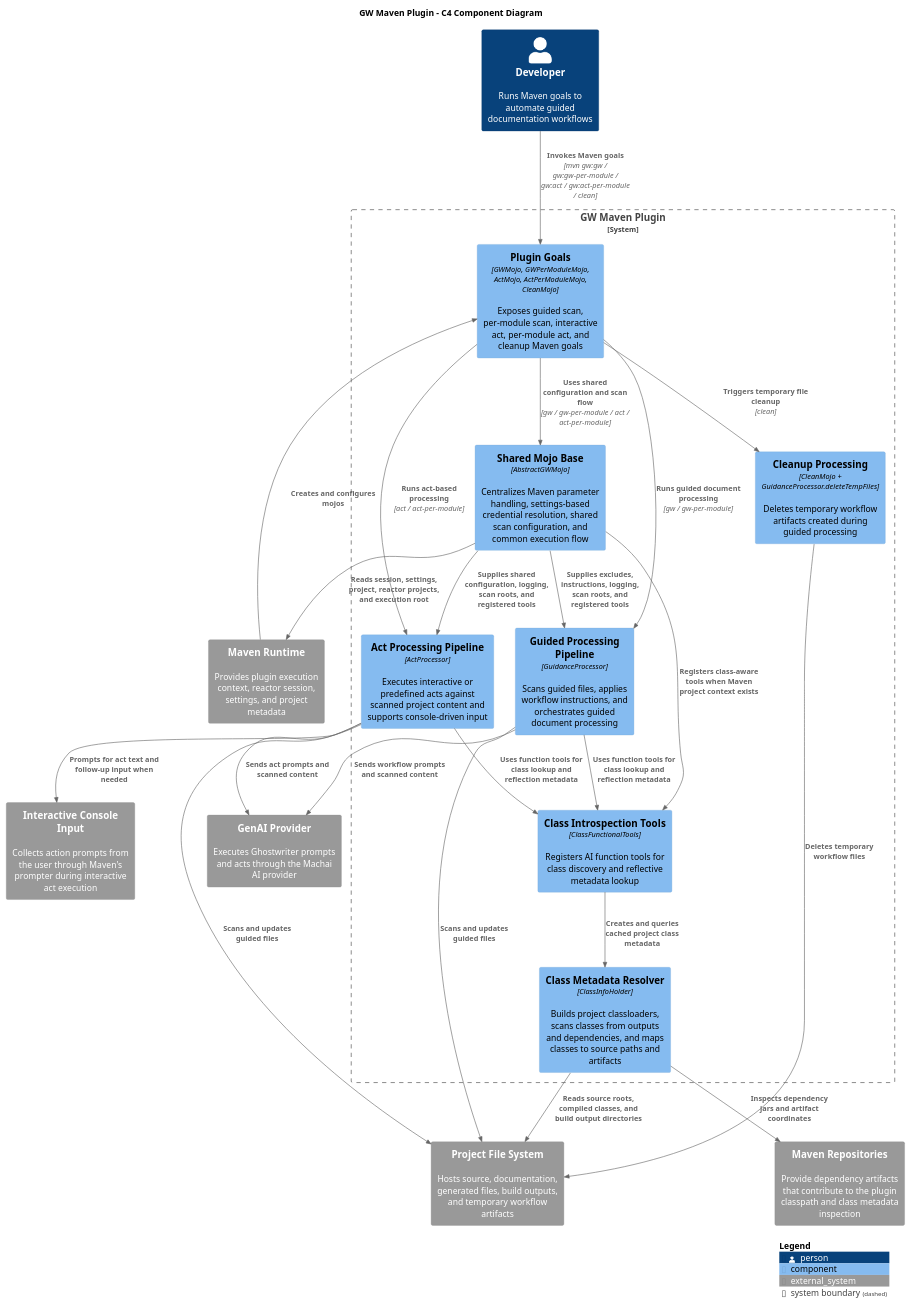
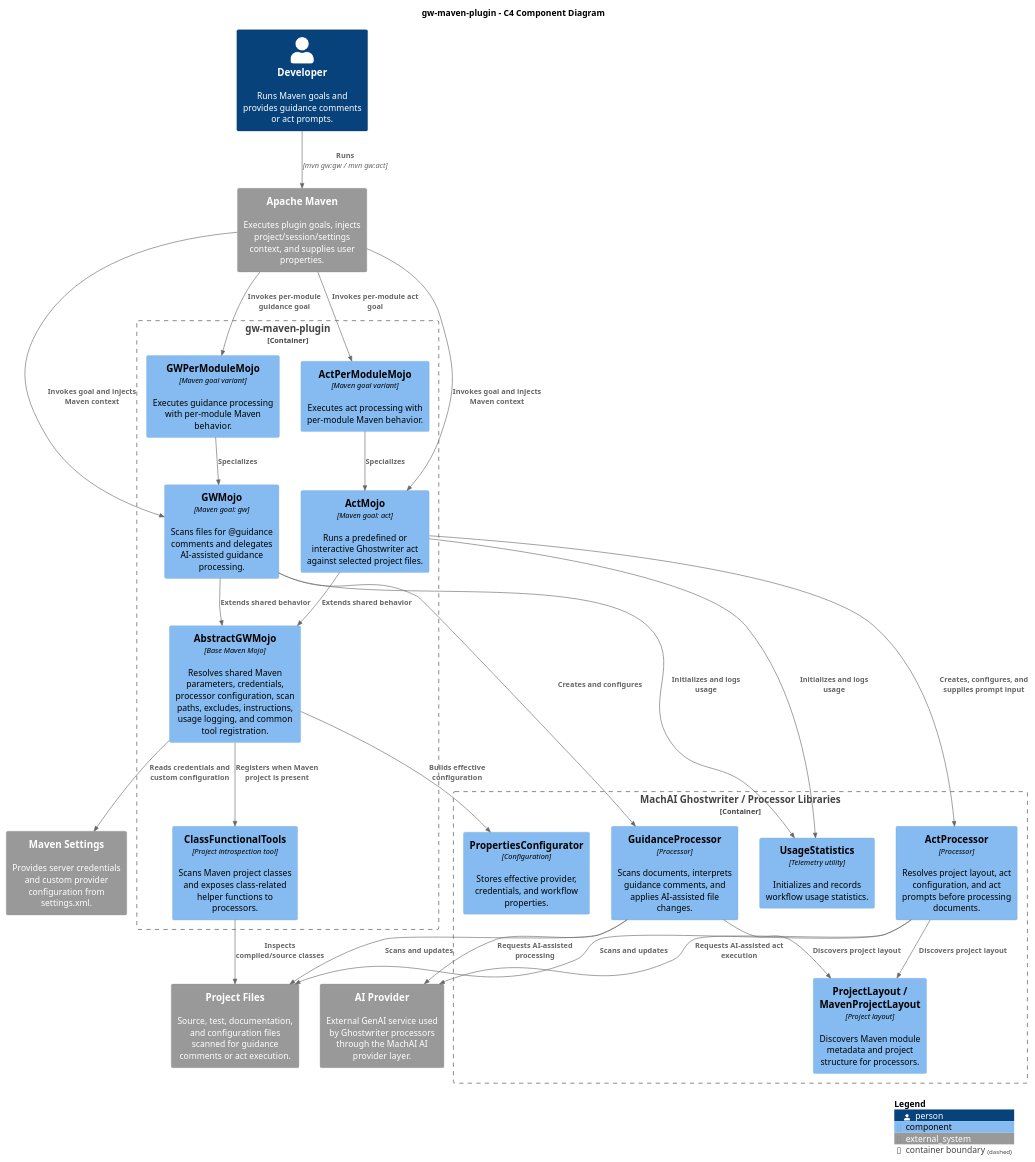
Before and after one commit to machanism-org/machai: the diagram in gw-maven-plugin/src/site/puml/project-structure/c4-diagram.puml, drawn with PlantUML. The commit also changed 12 other files, not shown here.

Commit message:
- fixed INPUTS_PROPERTY_NAME location. - updated docs/javadoc. - removed CleanMojo.java.

```diff
--- a/gw-maven-plugin/src/site/puml/project-structure/c4-diagram.puml
+++ b/gw-maven-plugin/src/site/puml/project-structure/c4-diagram.puml
@@ -10,46 +10,59 @@
-@startuml
-!include https://raw.githubusercontent.com/plantuml-stdlib/C4-PlantUML/master/C4_Component.puml
+@startuml gw-maven-plugin-components
+!include <C4/C4_Component>
 
-title GW Maven Plugin - C4 Component Diagram
+LAYOUT_WITH_LEGEND()
 
-Person(developer, "Developer", "Runs Maven goals to automate guided documentation workflows")
-System_Ext(mavenRuntime, "Maven Runtime", "Provides plugin execution context, reactor session, settings, and project metadata")
-System_Ext(genaiProvider, "GenAI Provider", "Executes Ghostwriter prompts and acts through the Machai AI provider")
-System_Ext(fileSystem, "Project File System", "Hosts source, documentation, generated files, build outputs, and temporary workflow artifacts")
-System_Ext(mavenRepositories, "Maven Repositories", "Provide dependency artifacts that contribute to the plugin classpath and class metadata inspection")
-System_Ext(interactiveUserInput, "Interactive Console Input", "Collects action prompts from the user through Maven's prompter during interactive act execution")
+title gw-maven-plugin - C4 Component Diagram
 
-System_Boundary(gwPlugin, "GW Maven Plugin") {
-  Component(pluginGoals, "Plugin Goals", "GWMojo, GWPerModuleMojo, ActMojo, ActPerModuleMojo, CleanMojo", "Exposes guided scan, per-module scan, interactive act, per-module act, and cleanup Maven goals")
-  Component(sharedMojoBase, "Shared Mojo Base", "AbstractGWMojo", "Centralizes Maven parameter handling, settings-based credential resolution, shared scan configuration, and common execution flow")
-  Component(guidedProcessing, "Guided Processing Pipeline", "GuidanceProcessor", "Scans guided files, applies workflow instructions, and orchestrates guided document processing")
-  Component(actProcessing, "Act Processing Pipeline", "ActProcessor", "Executes interactive or predefined acts against scanned project content and supports console-driven input")
-  Component(cleanupProcessing, "Cleanup Processing", "CleanMojo + GuidanceProcessor.deleteTempFiles", "Deletes temporary workflow artifacts created during guided processing")
-  Component(classTools, "Class Introspection Tools", "ClassFunctionalTools", "Registers AI function tools for class discovery and reflective metadata lookup")
-  Component(classMetadata, "Class Metadata Resolver", "ClassInfoHolder", "Builds project classloaders, scans classes from outputs and dependencies, and maps classes to source paths and artifacts")
+Person(developer, "Developer", "Runs Maven goals and provides guidance comments or act prompts.")
+
+System_Ext(maven, "Apache Maven", "Executes plugin goals, injects project/session/settings context, and supplies user properties.")
+System_Ext(maven_settings, "Maven Settings", "Provides server credentials and custom provider configuration from settings.xml.")
+System_Ext(ai_provider, "AI Provider", "External GenAI service used by Ghostwriter processors through the MachAI AI provider layer.")
+System_Ext(project_files, "Project Files", "Source, test, documentation, and configuration files scanned for guidance comments or act execution.")
+
+Container_Boundary(plugin, "gw-maven-plugin") {
+    Component(abstract_mojo, "AbstractGWMojo", "Base Maven Mojo", "Resolves shared Maven parameters, credentials, processor configuration, scan paths, excludes, instructions, usage logging, and common tool registration.")
+    Component(gw_mojo, "GWMojo", "Maven goal: gw", "Scans files for @guidance comments and delegates AI-assisted guidance processing.")
+    Component(act_mojo, "ActMojo", "Maven goal: act", "Runs a predefined or interactive Ghostwriter act against selected project files.")
+    Component(gw_per_module_mojo, "GWPerModuleMojo", "Maven goal variant", "Executes guidance processing with per-module Maven behavior.")
+    Component(act_per_module_mojo, "ActPerModuleMojo", "Maven goal variant", "Executes act processing with per-module Maven behavior.")
+    Component(class_tools, "ClassFunctionalTools", "Project introspection tool", "Scans Maven project classes and exposes class-related helper functions to processors.")
 }
 
-Rel(developer, pluginGoals, "Invokes Maven goals", "mvn gw:gw / gw:gw-per-module / gw:act / gw:act-per-module / clean")
-Rel(mavenRuntime, pluginGoals, "Creates and configures mojos")
-Rel(pluginGoals, sharedMojoBase, "Uses shared configuration and scan flow", "gw / gw-per-module / act / act-per-module")
-Rel(pluginGoals, guidedProcessing, "Runs guided document processing", "gw / gw-per-module")
-Rel(pluginGoals, actProcessing, "Runs act-based processing", "act / act-per-module")
-Rel(pluginGoals, cleanupProcessing, "Triggers temporary file cleanup", "clean")
-Rel(sharedMojoBase, mavenRuntime, "Reads session, settings, project, reactor projects, and execution root")
-Rel(sharedMojoBase, guidedProcessing, "Supplies excludes, instructions, logging, scan roots, and registered tools")
-Rel(sharedMojoBase, actProcessing, "Supplies shared configuration, logging, scan roots, and registered tools")
-Rel(sharedMojoBase, classTools, "Registers class-aware tools when Maven project context exists")
-Rel(guidedProcessing, genaiProvider, "Sends workflow prompts and scanned content")
-Rel(actProcessing, genaiProvider, "Sends act prompts and scanned content")
-Rel(actProcessing, interactiveUserInput, "Prompts for act text and follow-up input when needed")
-Rel(guidedProcessing, fileSystem, "Scans and updates guided files")
-Rel(actProcessing, fileSystem, "Scans and updates guided files")
-Rel(cleanupProcessing, fileSystem, "Deletes temporary workflow files")
-Rel(classTools, classMetadata, "Creates and queries cached project class metadata")
-Rel(classMetadata, fileSystem, "Reads source roots, compiled classes, and build output directories")
-Rel(classMetadata, mavenRepositories, "Inspects dependency jars and artifact coordinates")
-Rel(guidedProcessing, classTools, "Uses function tools for class lookup and reflection metadata")
-Rel(actProcessing, classTools, "Uses function tools for class lookup and reflection metadata")
+Container_Boundary(ghostwriter, "MachAI Ghostwriter / Processor Libraries") {
+    Component(guidance_processor, "GuidanceProcessor", "Processor", "Scans documents, interprets guidance comments, and applies AI-assisted file changes.")
+    Component(act_processor, "ActProcessor", "Processor", "Resolves project layout, act configuration, and act prompts before processing documents.")
+    Component(configurator, "PropertiesConfigurator", "Configuration", "Stores effective provider, credentials, and workflow properties.")
+    Component(project_layout, "ProjectLayout / MavenProjectLayout", "Project layout", "Discovers Maven module metadata and project structure for processors.")
+    Component(usage_stats, "UsageStatistics", "Telemetry utility", "Initializes and records workflow usage statistics.")
+}
+
+Rel(developer, maven, "Runs", "mvn gw:gw / mvn gw:act")
+Rel(maven, gw_mojo, "Invokes goal and injects Maven context")
+Rel(maven, act_mojo, "Invokes goal and injects Maven context")
+Rel(maven, gw_per_module_mojo, "Invokes per-module guidance goal")
+Rel(maven, act_per_module_mojo, "Invokes per-module act goal")
+Rel(abstract_mojo, maven_settings, "Reads credentials and custom configuration")
+Rel(abstract_mojo, configurator, "Builds effective configuration")
+Rel(abstract_mojo, class_tools, "Registers when Maven project is present")
+
+Rel(gw_mojo, abstract_mojo, "Extends shared behavior")
+Rel(act_mojo, abstract_mojo, "Extends shared behavior")
+Rel(gw_per_module_mojo, gw_mojo, "Specializes")
+Rel(act_per_module_mojo, act_mojo, "Specializes")
+
+Rel(gw_mojo, guidance_processor, "Creates and configures")
+Rel(act_mojo, act_processor, "Creates, configures, and supplies prompt input")
+Rel(guidance_processor, project_layout, "Discovers project layout")
+Rel(act_processor, project_layout, "Discovers project layout")
+Rel(guidance_processor, project_files, "Scans and updates")
+Rel(act_processor, project_files, "Scans and updates")
+Rel(guidance_processor, ai_provider, "Requests AI-assisted processing")
+Rel(act_processor, ai_provider, "Requests AI-assisted act execution")
+Rel(class_tools, project_files, "Inspects compiled/source classes")
+Rel(gw_mojo, usage_stats, "Initializes and logs usage")
+Rel(act_mojo, usage_stats, "Initializes and logs usage")
 
 SHOW_LEGEND()
 @enduml
```
